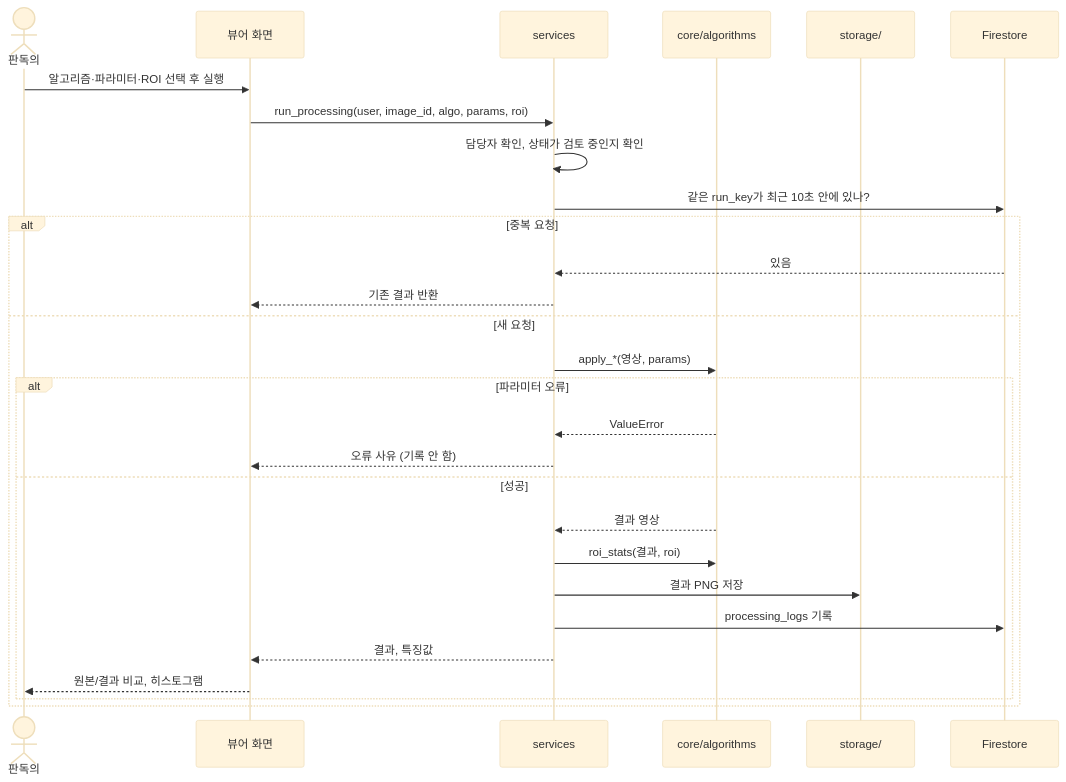
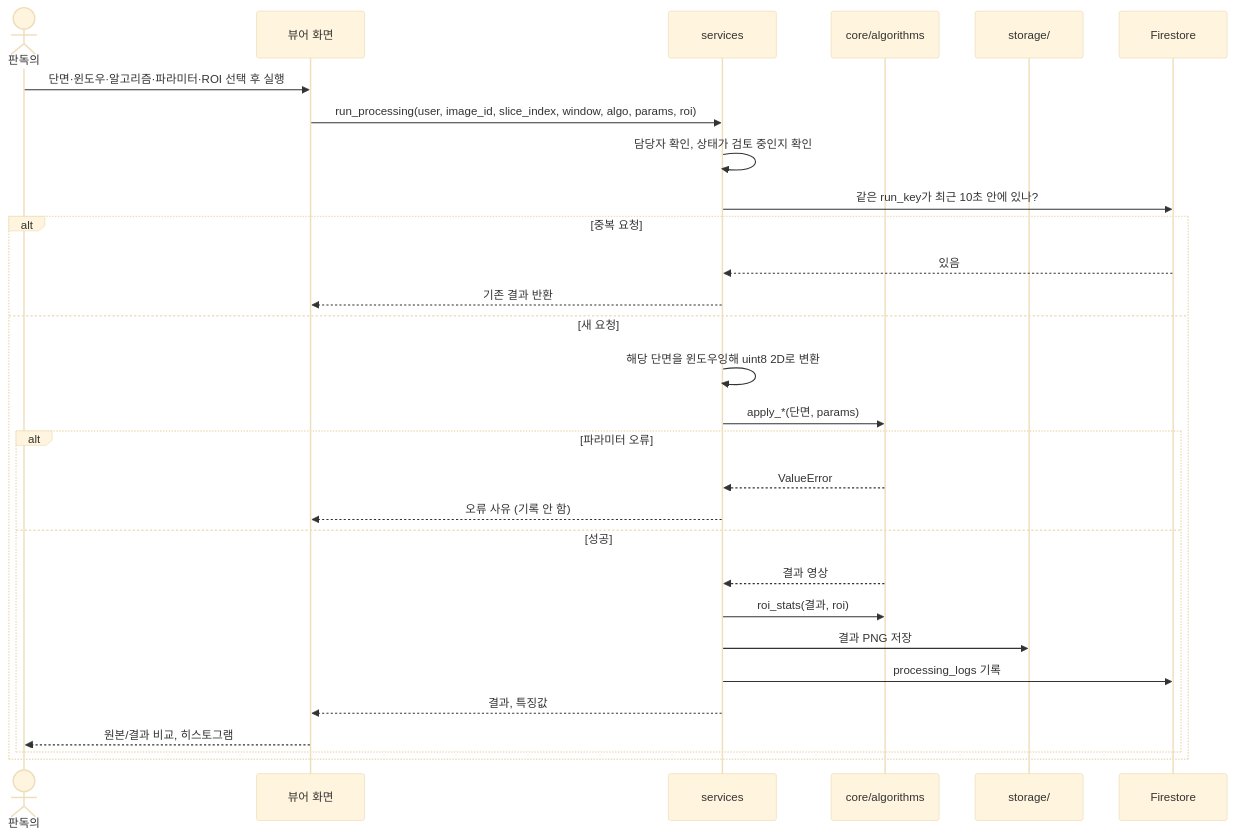
One commit to HyangnamDexter/Team_Project changed the sixth of 6 diagrams in docs/architecture.md. Above: the diagram before and after it, drawn with Mermaid (base theme). The commit also changed other lines of this file and 8 other files, not shown here.

````diff
--- a/docs/architecture.md
+++ b/docs/architecture.md
@@ -170,31 +171,32 @@
 ```mermaid
 sequenceDiagram
     actor D as 판독의
     participant ST as 뷰어 화면
     participant SV as services
     participant AL as core/algorithms
     participant FS as storage/
     participant DB as Firestore
 
-    D->>ST: 알고리즘·파라미터·ROI 선택 후 실행
-    ST->>SV: run_processing(user, image_id, algo, params, roi)
+    D->>ST: 단면·윈도우·알고리즘·파라미터·ROI 선택 후 실행
+    ST->>SV: run_processing(user, image_id, slice_index, window, algo, params, roi)
     SV->>SV: 담당자 확인, 상태가 검토 중인지 확인
     SV->>DB: 같은 run_key가 최근 10초 안에 있나?
     alt 중복 요청
         DB-->>SV: 있음
         SV-->>ST: 기존 결과 반환
     else 새 요청
-        SV->>AL: apply_*(영상, params)
+        SV->>SV: 해당 단면을 윈도우잉해 uint8 2D로 변환
+        SV->>AL: apply_*(단면, params)
         alt 파라미터 오류
             AL-->>SV: ValueError
             SV-->>ST: 오류 사유 (기록 안 함)
         else 성공
             AL-->>SV: 결과 영상
             SV->>AL: roi_stats(결과, roi)
             SV->>FS: 결과 PNG 저장
             SV->>DB: processing_logs 기록
             SV-->>ST: 결과, 특징값
             ST-->>D: 원본/결과 비교, 히스토그램
         end
     end
 ```
````
